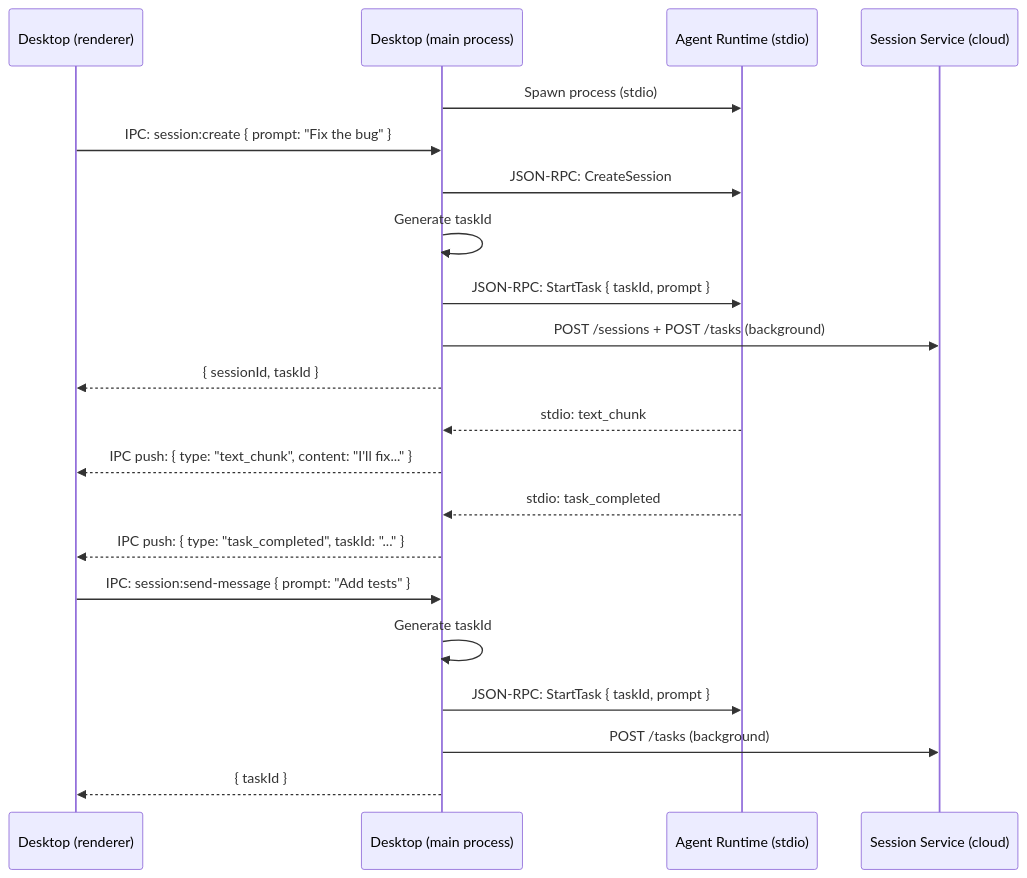
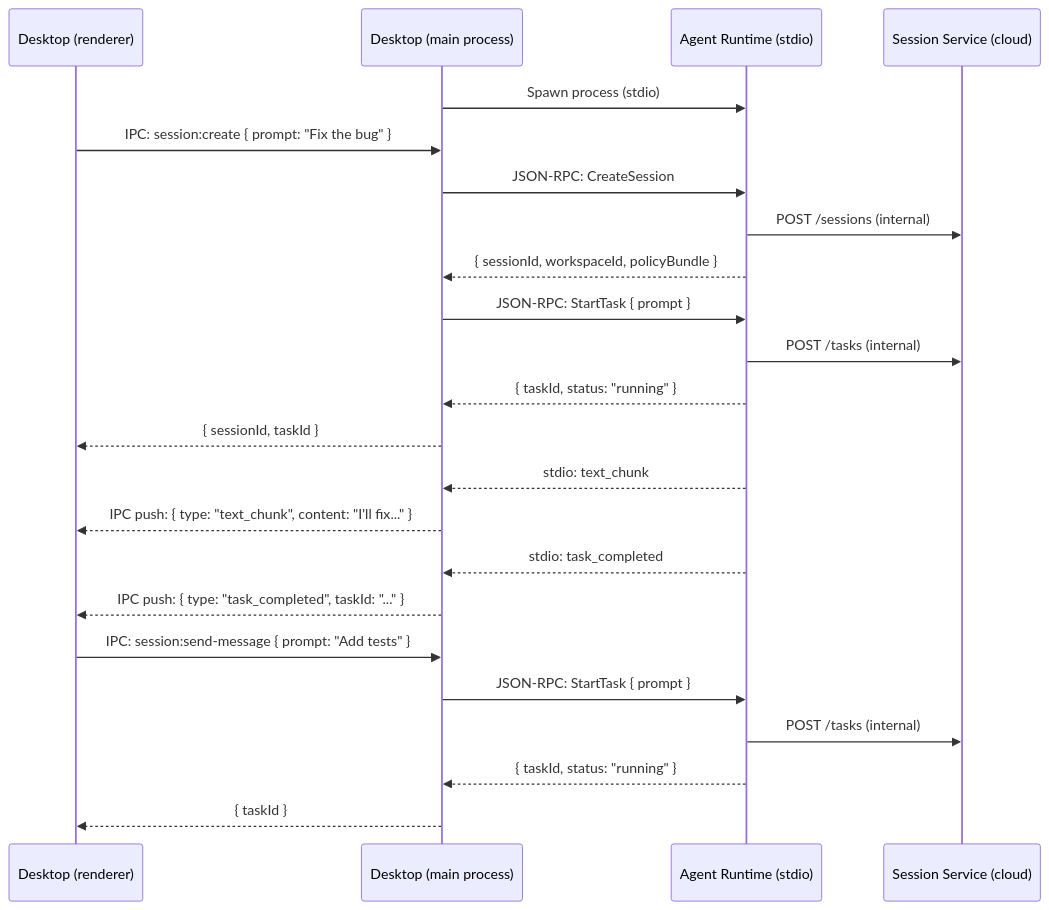
The fourth of 5 diagrams in docs/design/simplified-session-api.md (suman724/cowork-infra), drawn with Mermaid before and after one commit. The commit also changed other lines of this file, not shown here.

````diff
--- a/docs/design/simplified-session-api.md
+++ b/docs/design/simplified-session-api.md
@@ -528,27 +533,29 @@
 ```mermaid
 sequenceDiagram
     participant UI as Desktop (renderer)
     participant Main as Desktop (main process)
     participant Agent as Agent Runtime (stdio)
     participant SS as Session Service (cloud)
 
     Main->>Agent: Spawn process (stdio)
 
     UI->>Main: IPC: session:create { prompt: "Fix the bug" }
     Main->>Agent: JSON-RPC: CreateSession
-    Main->>Main: Generate taskId
-    Main->>Agent: JSON-RPC: StartTask { taskId, prompt }
-    Main->>SS: POST /sessions + POST /tasks (background)
+    Agent->>SS: POST /sessions (internal)
+    Agent-->>Main: { sessionId, workspaceId, policyBundle }
+    Main->>Agent: JSON-RPC: StartTask { prompt }
+    Agent->>SS: POST /tasks (internal)
+    Agent-->>Main: { taskId, status: "running" }
     Main-->>UI: { sessionId, taskId }
 
     Agent-->>Main: stdio: text_chunk
     Main-->>UI: IPC push: { type: "text_chunk", content: "I'll fix..." }
     Agent-->>Main: stdio: task_completed
     Main-->>UI: IPC push: { type: "task_completed", taskId: "..." }
 
     UI->>Main: IPC: session:send-message { prompt: "Add tests" }
-    Main->>Main: Generate taskId
-    Main->>Agent: JSON-RPC: StartTask { taskId, prompt }
-    Main->>SS: POST /tasks (background)
+    Main->>Agent: JSON-RPC: StartTask { prompt }
+    Agent->>SS: POST /tasks (internal)
+    Agent-->>Main: { taskId, status: "running" }
     Main-->>UI: { taskId }
 ```
````
